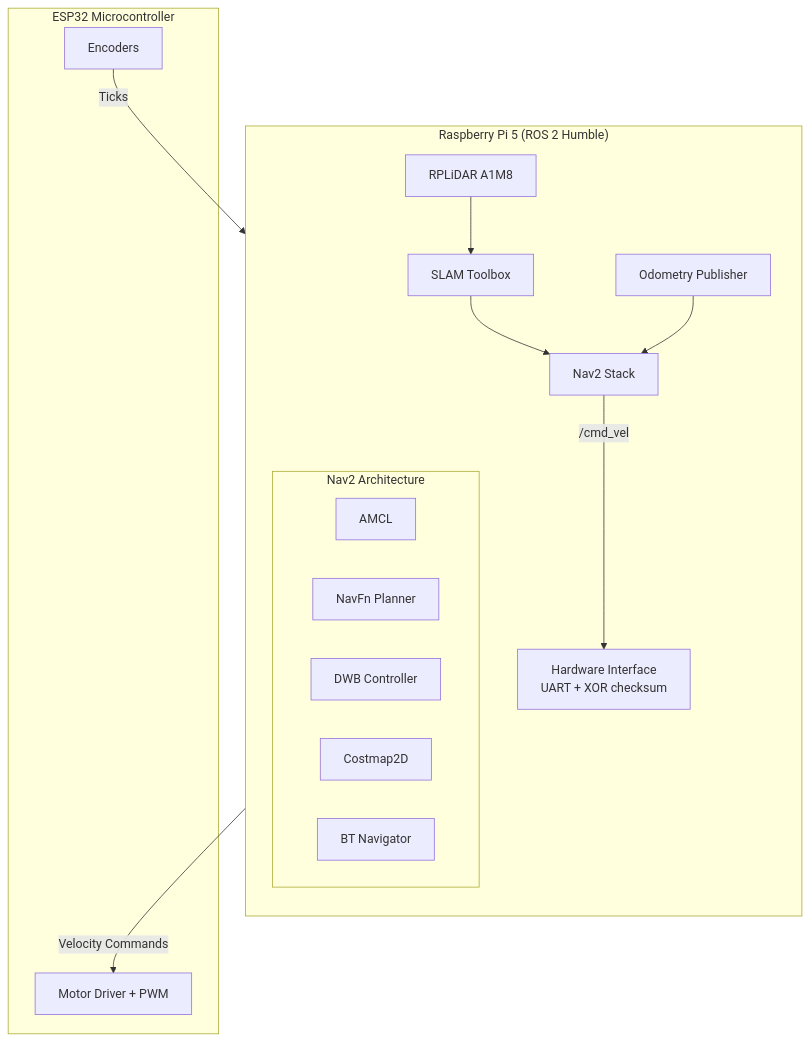
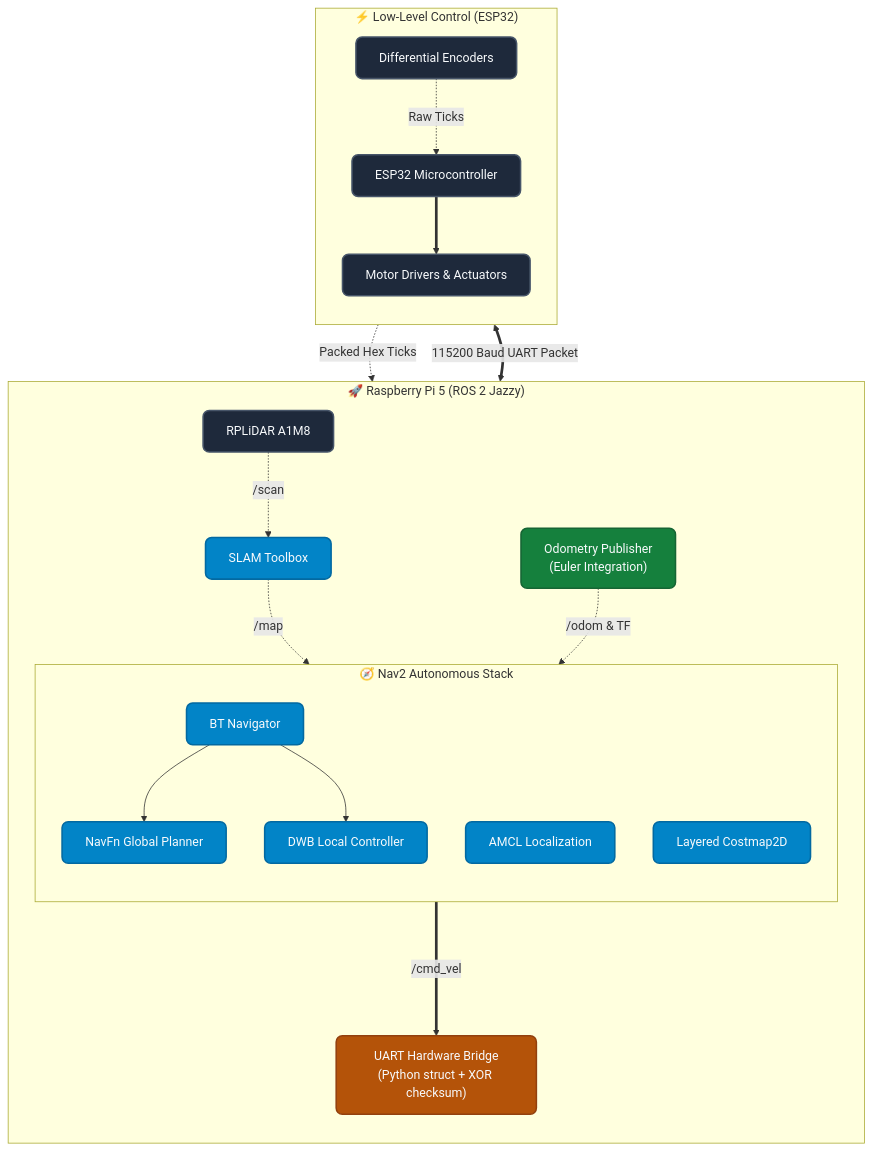
Before and after one commit to harshagm665-netizen/amr-nav-stack: the diagram in README.md, drawn with Mermaid. The commit also changed other lines of this file, not shown here.

Commit message:
docs: upgrade mermaid architecture with professional senior styling

````diff
--- a/README.md
+++ b/README.md
@@ -32,27 +32,40 @@
 ```mermaid
-graph TD
-    subgraph RPi ["Raspberry Pi 5 (ROS 2 Humble)"]
+flowchart TD
+    %% Custom Styles for a Professional Aesthetic
+    classDef hardware fill:#1e293b,stroke:#475569,stroke-width:2px,color:#f8fafc,rx:8px,ry:8px;
+    classDef software fill:#0284c7,stroke:#0369a1,stroke-width:2px,color:#f8fafc,rx:8px,ry:8px;
+    classDef rosnode fill:#15803d,stroke:#166534,stroke-width:2px,color:#f8fafc,rx:8px,ry:8px;
+    classDef comms fill:#b45309,stroke:#92400e,stroke-width:2px,color:#f8fafc,rx:8px,ry:8px;
+    
+    %% Core System Graph
+    subgraph RPi ["🚀 Raspberry Pi 5 (ROS 2 Jazzy)"]
         direction TB
-        LIDAR[RPLiDAR A1M8] --> SLAM[SLAM Toolbox]
-        SLAM --> Nav2[Nav2 Stack]
         
-        subgraph Nav2_Stack ["Nav2 Architecture"]
-            AMCL[AMCL]
-            NavFn[NavFn Planner]
-            DWB[DWB Controller]
-            Costmap[Costmap2D]
-            BT[BT Navigator]
+        LIDAR["RPLiDAR A1M8"]:::hardware -.->|/scan| SLAM["SLAM Toolbox"]:::software
+        
+        subgraph Nav2 ["🧭 Nav2 Autonomous Stack"]
+            direction TB
+            BT["BT Navigator"]:::software --> NavFn["NavFn Global Planner"]:::software
+            BT --> DWB["DWB Local Controller"]:::software
+            AMCL["AMCL Localization"]:::software
+            Costmap["Layered Costmap2D"]:::software
         end
         
-        Odom[Odometry Publisher] --> Nav2
-        Nav2 -- "/cmd_vel" --> HW[Hardware Interface<br/>UART + XOR checksum]
+        SLAM -.->|/map| Nav2
+        ODOM["Odometry Publisher<br/>(Euler Integration)"]:::rosnode -.->|/odom & TF| Nav2
+        
+        Nav2 == /cmd_vel ===> HW["UART Hardware Bridge<br/>(Python struct + XOR checksum)"]:::comms
     end
 
-    subgraph ESP32 ["ESP32 Microcontroller"]
-        Motors[Motor Driver + PWM]
-        Encoders[Encoders]
+    subgraph ESP ["⚡ Low-Level Control (ESP32)"]
+        direction TB
+        MCU["ESP32 Microcontroller"]:::hardware
+        Motors["Motor Drivers & Actuators"]:::hardware
+        Encoders["Differential Encoders"]:::hardware
     end
 
-    HW -- "Velocity Commands" --> Motors
-    Encoders -- "Ticks" --> Odom
+    HW <=="115200 Baud UART Packet"==> MCU
+    MCU ==> Motors
+    Encoders -.->|Raw Ticks| MCU
+    MCU -.->|Packed Hex Ticks| ODOM
 ```
````
